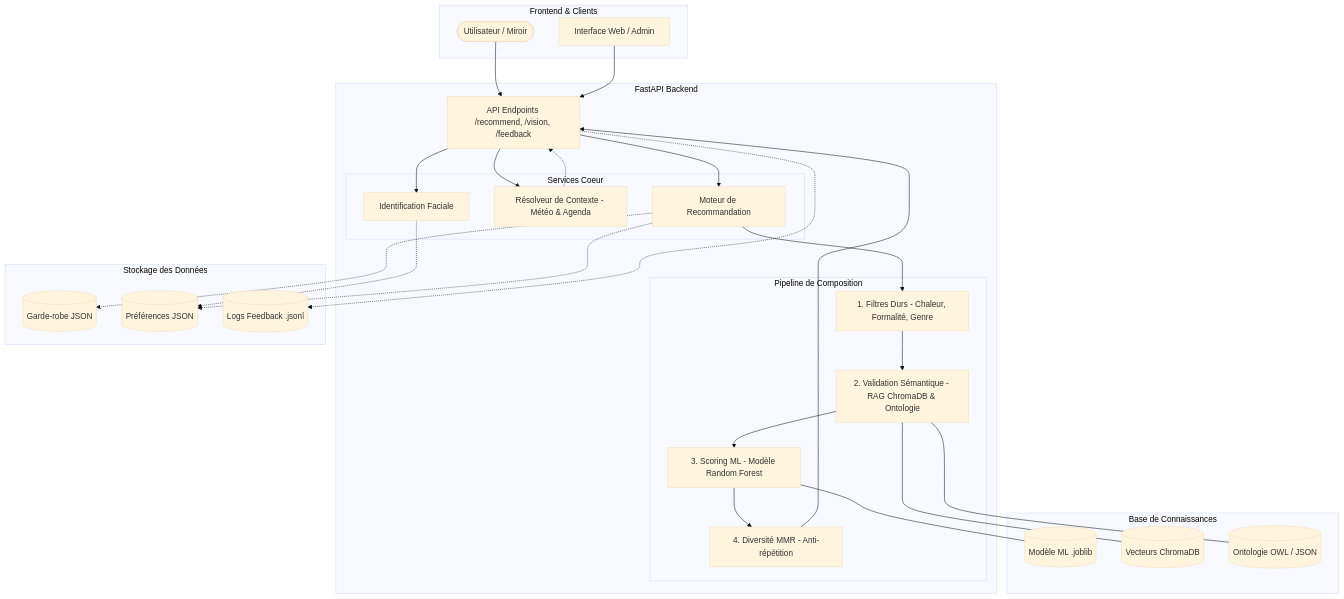
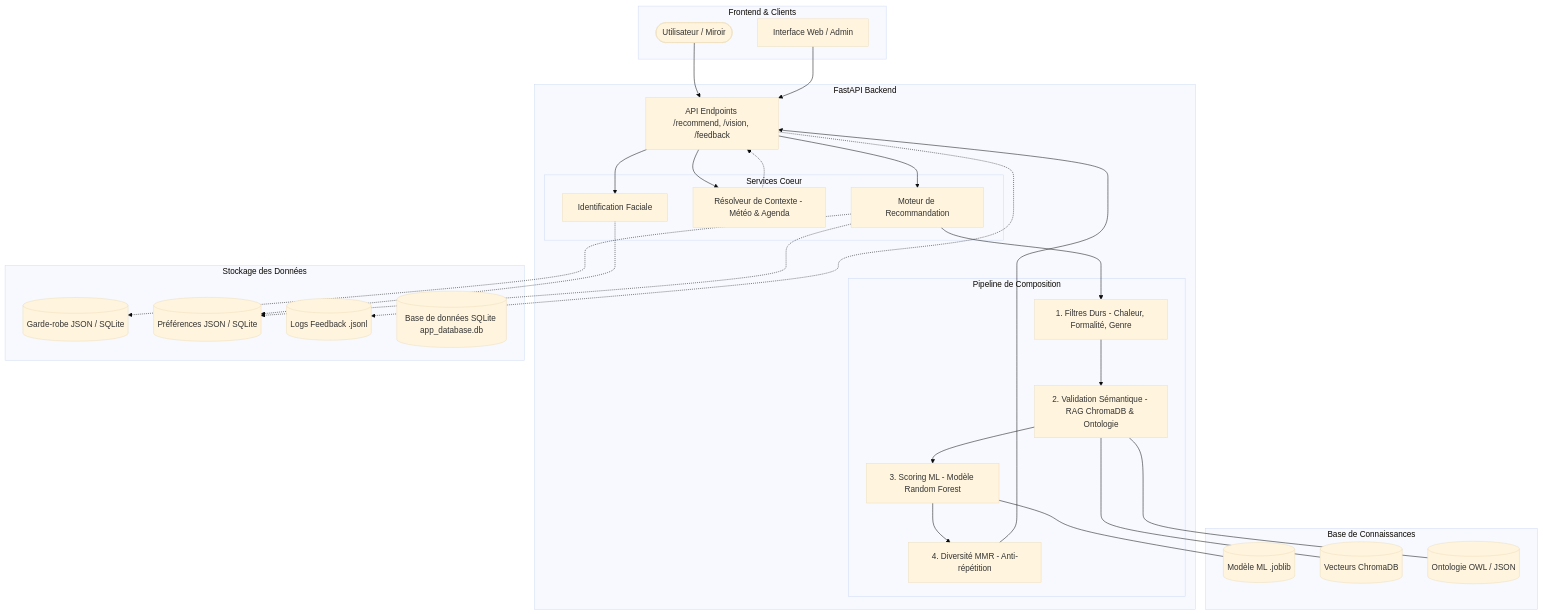
The diagram in README.md (josoavj/mlOutfitSuggestion), drawn with Mermaid (base theme) before and after one commit. The commit also changed other lines of this file, not shown here.

Commit message:
docs: mise à jour du README principal avec le stockage SQLite, la sécurité et la CI

````diff
--- a/README.md
+++ b/README.md
@@ -35,61 +35,62 @@
 ```mermaid
 graph TD
     subgraph "Frontend & Clients"
         User([Utilisateur / Miroir])
         WebUI[Interface Web / Admin]
     end
 
     subgraph "FastAPI Backend"
         API[API Endpoints /recommend, /vision, /feedback]
         
         subgraph "Services Coeur"
             Vision[Identification Faciale]
             Context[Résolveur de Contexte - Météo & Agenda]
             Recommender[Moteur de Recommandation]
         end
         
         subgraph "Pipeline de Composition"
             Filtres[1. Filtres Durs - Chaleur, Formalité, Genre]
             RAG[2. Validation Sémantique - RAG ChromaDB & Ontologie]
             Scoring[3. Scoring ML - Modèle Random Forest]
             Diversity[4. Diversité MMR - Anti-répétition]
         end
     end
 
     subgraph "Base de Connaissances"
         Model[(Modèle ML .joblib)]
         VectorDB[(Vecteurs ChromaDB)]
         Ontology[(Ontologie OWL / JSON)]
     end
 
     subgraph "Stockage des Données"
-        Wardrobe[(Garde-robe JSON)]
-        Prefs[(Préférences JSON)]
+        Wardrobe[(Garde-robe JSON / SQLite)]
+        Prefs[(Préférences JSON / SQLite)]
         Logs[(Logs Feedback .jsonl)]
+        DB[(Base de données SQLite app_database.db)]
     end
 
     %% Flux
     User --> API
     WebUI --> API
     API --> Vision
     API --> Context
     API --> Recommender
     
     Recommender --> Filtres
     Filtres --> RAG
     RAG --> Scoring
     Scoring --> Diversity
     Diversity --> API
     
     Vision -.-> Prefs
     Context -.-> API
     
     Recommender -.-> Wardrobe
     Recommender -.-> Prefs
     
     Scoring --- Model
     RAG --- VectorDB
     RAG --- Ontology
     
     API -.-> Logs
 ```
````
